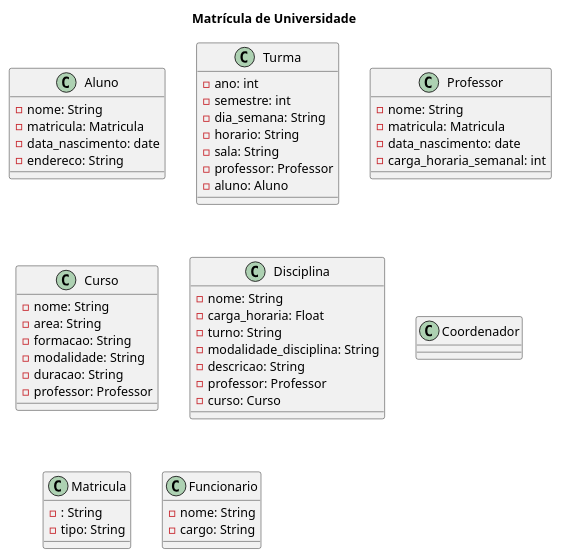
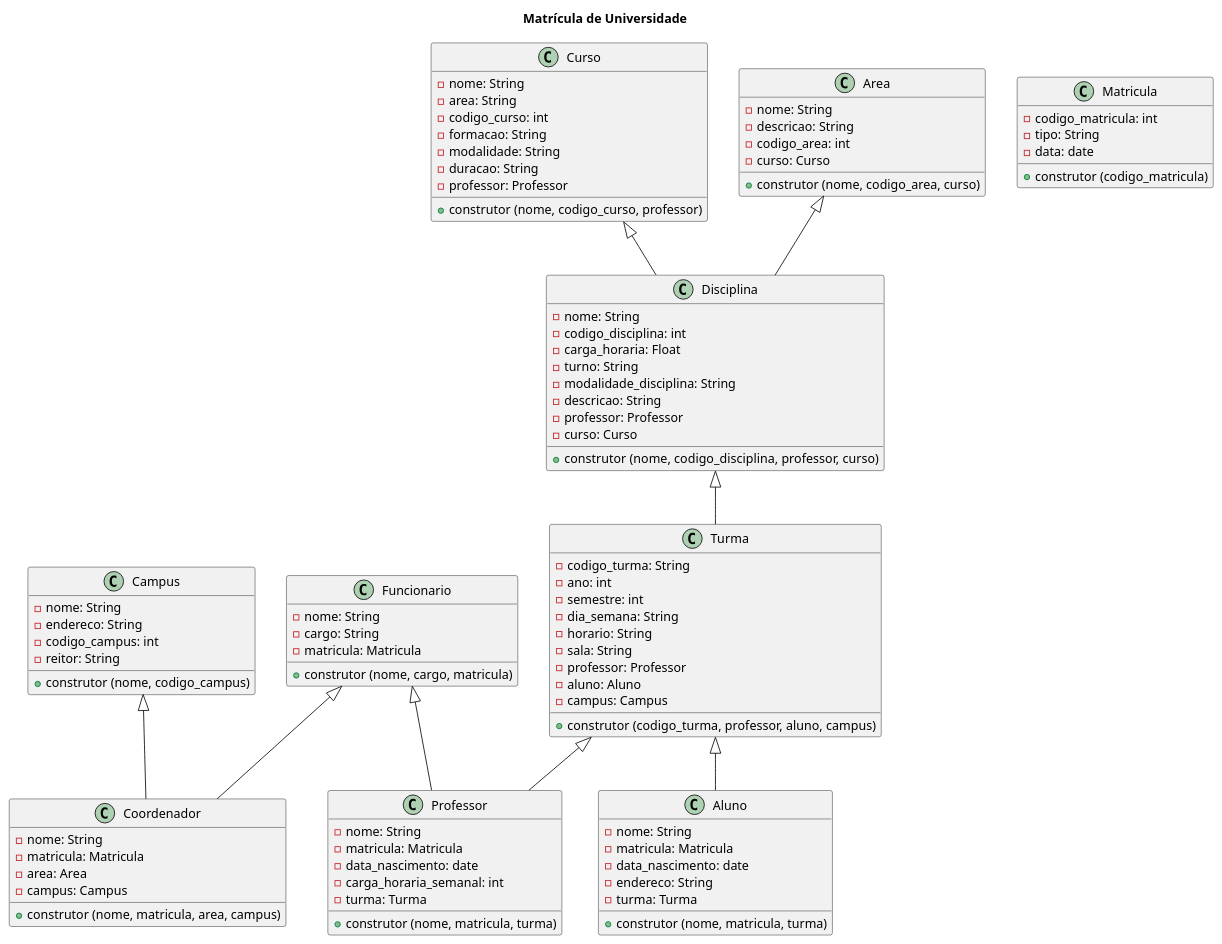
One commit to anleaes/2022-1-N2-POO-05 changed the diagram in diagrama.plantuml. Above: the diagram before and after it, drawn with PlantUML. The commit also changed 1 other file, not shown here.

```diff
--- a/diagrama.plantuml
+++ b/diagrama.plantuml
@@ -1,71 +1,107 @@
 @startuml
 
 title Matrícula de Universidade
 
 
 class Aluno{
     - nome: String
     - matricula: Matricula 
     - data_nascimento: date
     - endereco: String
-
+    - turma: Turma
+    + construtor (nome, matricula, turma)
 }
 
 class Turma{
+    - codigo_turma: String
     - ano: int
     - semestre: int
     - dia_semana: String
     - horario: String
     - sala: String
     - professor: Professor
     - aluno: Aluno
-
+    - campus: Campus
+    + construtor (codigo_turma, professor, aluno, campus)
 }
 
 class Professor{
     - nome: String
     - matricula: Matricula
     - data_nascimento: date
     - carga_horaria_semanal: int
+    - turma: Turma
+    + construtor (nome, matricula, turma)
 }
 
 class Curso{
     - nome: String  
     - area: String
+    - codigo_curso: int
     - formacao: String
     - modalidade: String
     - duracao: String
     - professor: Professor
+    + construtor (nome, codigo_curso, professor)
 }
 
 class Disciplina{
     - nome: String
+    - codigo_disciplina: int
     - carga_horaria: Float
     - turno: String
     - modalidade_disciplina: String
     - descricao: String
     - professor: Professor
     - curso: Curso
-
+    + construtor (nome, codigo_disciplina, professor, curso)
 }
 
 class Coordenador{
-    
-
-
+    - nome: String
+    - matricula: Matricula
+    - area: Area
+    - campus: Campus
+    + construtor (nome, matricula, area, campus)
 }
 
 class Matricula{
-    - : String
+    - codigo_matricula: int
     - tipo: String
-
+    - data: date
+    + construtor (codigo_matricula)
 }
 
 class Funcionario{
     - nome: String
     - cargo: String
-
-
+    - matricula: Matricula
+    + construtor (nome, cargo, matricula)
 }
 
+class Area{
+    - nome: String
+    - descricao: String
+    - codigo_area: int
+    - curso: Curso
+    + construtor (nome, codigo_area, curso)
+}
+
+class Campus{
+    - nome: String
+    - endereco: String
+    - codigo_campus: int
+    - reitor: String
+    + construtor (nome, codigo_campus)
+}
+
+Turma <|-- Aluno
+Turma <|-- Professor
+Disciplina <|-- Turma
+Funcionario <|-- Professor
+Funcionario <|-- Coordenador
+Campus <|-- Coordenador
+Area <|-- Disciplina
+Curso <|-- Disciplina
+
 @enduml
```
